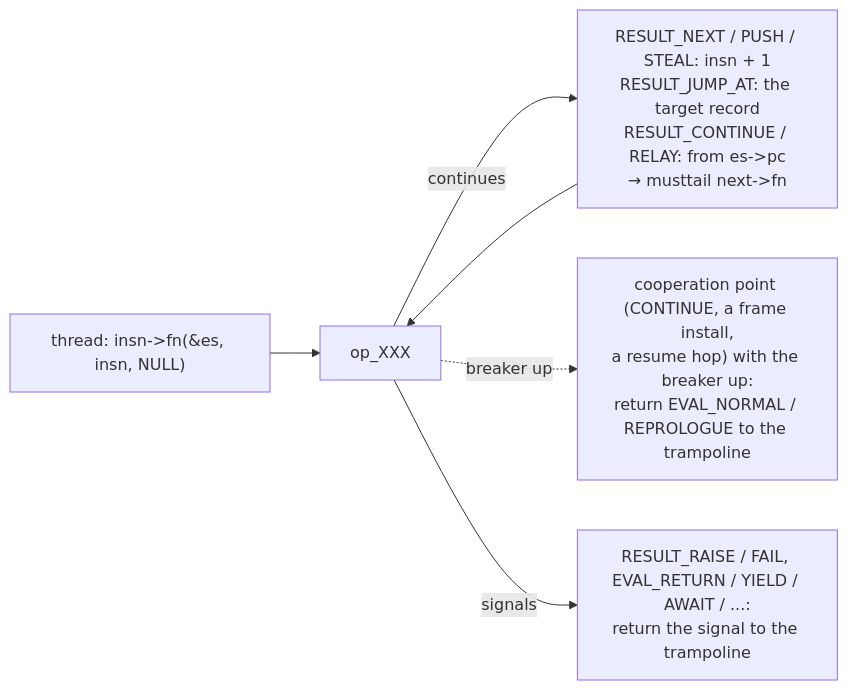
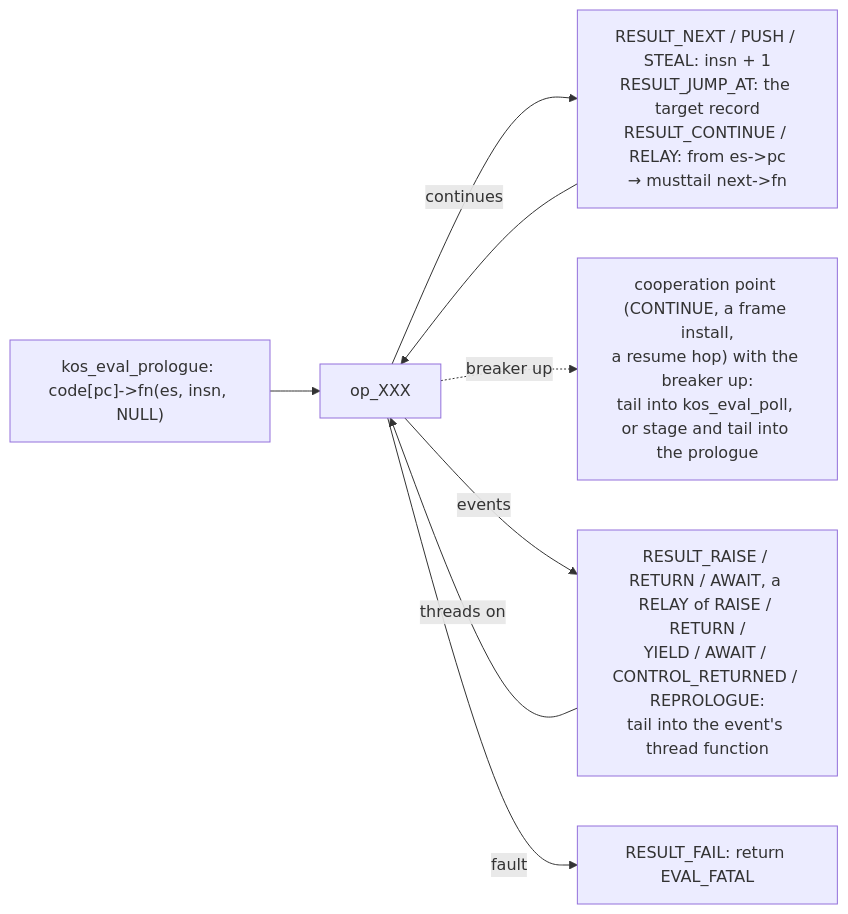
The sixth of 12 diagrams in design/EVALUATOR.md (koskari-lang/koskari), drawn with Mermaid before and after one commit. The commit also changed other lines of this file, not shown here.

First line of the commit message:
Describe the evaluator as one call into a threaded prologue

````diff
--- a/design/EVALUATOR.md
+++ b/design/EVALUATOR.md
@@ -410,13 +410,16 @@
 ```mermaid
 flowchart LR
-    thread["thread: insn->fn(&es, insn, NULL)"]
+    pro["kos_eval_prologue: code[pc]->fn(es, insn, NULL)"]
     handler["op_XXX"]
     next["RESULT_NEXT / PUSH / STEAL: insn + 1<br/>RESULT_JUMP_AT: the target record<br/>RESULT_CONTINUE / RELAY: from es->pc<br/>→ musttail next->fn"]
-    trip["cooperation point (CONTINUE, a frame install,<br/>a resume hop) with the breaker up:<br/>return EVAL_NORMAL / REPROLOGUE to the trampoline"]
-    signal["RESULT_RAISE / FAIL, EVAL_RETURN / YIELD / AWAIT / ...:<br/>return the signal to the trampoline"]
+    trip["cooperation point (CONTINUE, a frame install,<br/>a resume hop) with the breaker up:<br/>tail into kos_eval_poll, or stage and tail into the prologue"]
+    event["RESULT_RAISE / RETURN / AWAIT, a RELAY of RAISE / RETURN /<br/>YIELD / AWAIT / CONTROL_RETURNED / REPROLOGUE:<br/>tail into the event's thread function"]
+    fatal["RESULT_FAIL: return EVAL_FATAL"]
 
-    thread --> handler
+    pro --> handler
     handler -->|continues| next --> handler
     handler -.->|breaker up| trip
-    handler -->|signals| signal
+    handler -->|events| event
+    event -->|threads on| handler
+    handler -->|fault| fatal
 ```
````
